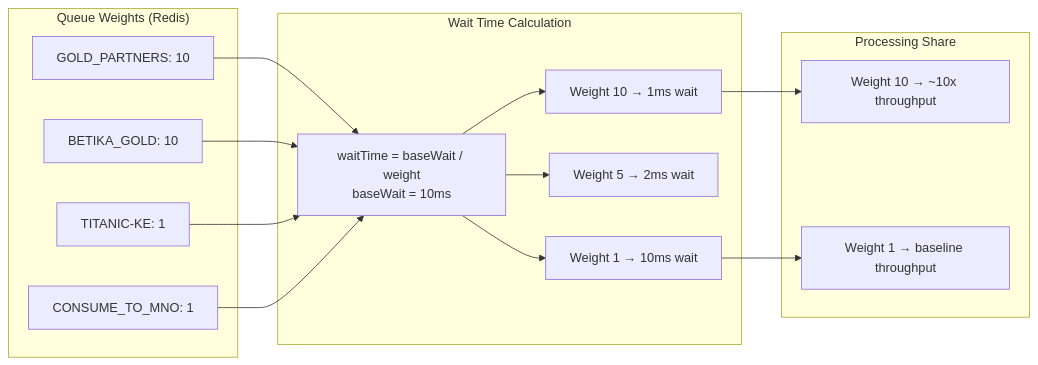
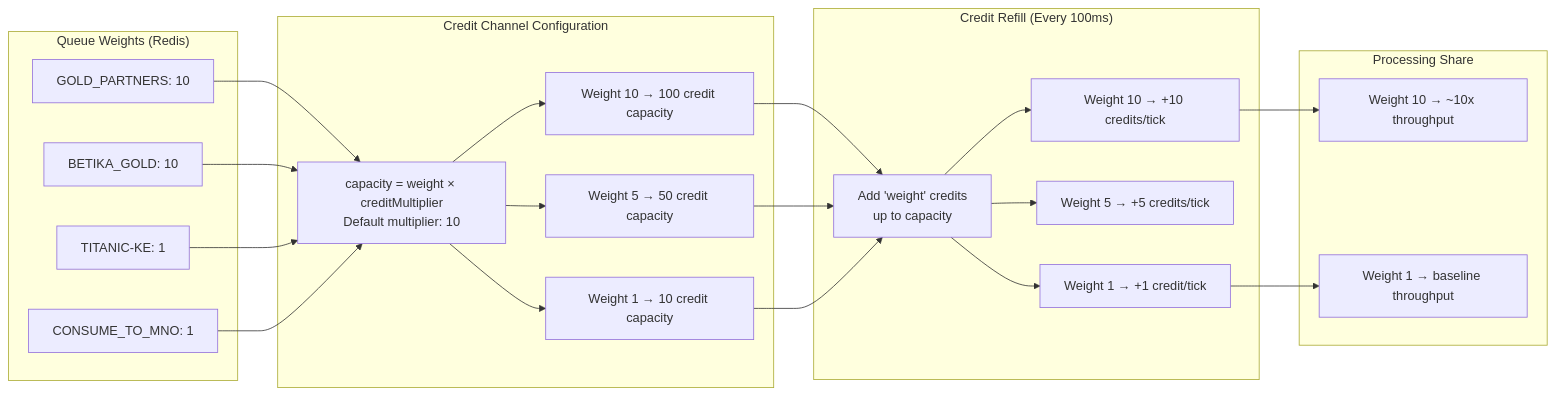
One commit to ElMonstro/sms-mno-gateway changed the sixth of 18 diagrams in docs/architecture.md. Above: the diagram before and after it, drawn with Mermaid. The commit also changed other lines of this file and 3 other files, not shown here.

````diff
--- a/docs/architecture.md
+++ b/docs/architecture.md
@@ -520,34 +533,50 @@
 ```mermaid
 flowchart LR
     subgraph "Queue Weights (Redis)"
         W1[GOLD_PARTNERS: 10]
         W2[BETIKA_GOLD: 10]
         W3[TITANIC-KE: 1]
         W4[CONSUME_TO_MNO: 1]
     end
 
-    subgraph "Wait Time Calculation"
-        FORMULA["waitTime = baseWait / weight<br/>baseWait = 10ms"]
+    subgraph "Credit Channel Configuration"
+        FORMULA["capacity = weight × creditMultiplier<br/>Default multiplier: 10"]
 
-        CALC1["Weight 10 → 1ms wait"]
-        CALC2["Weight 5 → 2ms wait"]
-        CALC3["Weight 1 → 10ms wait"]
+        CALC1["Weight 10 → 100 credit capacity"]
+        CALC2["Weight 5 → 50 credit capacity"]
+        CALC3["Weight 1 → 10 credit capacity"]
+    end
+
+    subgraph "Credit Refill (Every 100ms)"
+        REFILL["Add 'weight' credits<br/>up to capacity"]
+
+        REF1["Weight 10 → +10 credits/tick"]
+        REF2["Weight 5 → +5 credits/tick"]
+        REF3["Weight 1 → +1 credit/tick"]
     end
 
     subgraph "Processing Share"
         SHARE1["Weight 10 → ~10x throughput"]
         SHARE2["Weight 1 → baseline throughput"]
     end
 
     W1 --> FORMULA
     W2 --> FORMULA
     W3 --> FORMULA
     W4 --> FORMULA
 
     FORMULA --> CALC1
     FORMULA --> CALC2
     FORMULA --> CALC3
 
-    CALC1 --> SHARE1
-    CALC3 --> SHARE2
+    CALC1 --> REFILL
+    CALC2 --> REFILL
+    CALC3 --> REFILL
+
+    REFILL --> REF1
+    REFILL --> REF2
+    REFILL --> REF3
+
+    REF1 --> SHARE1
+    REF3 --> SHARE2
 ```
````
